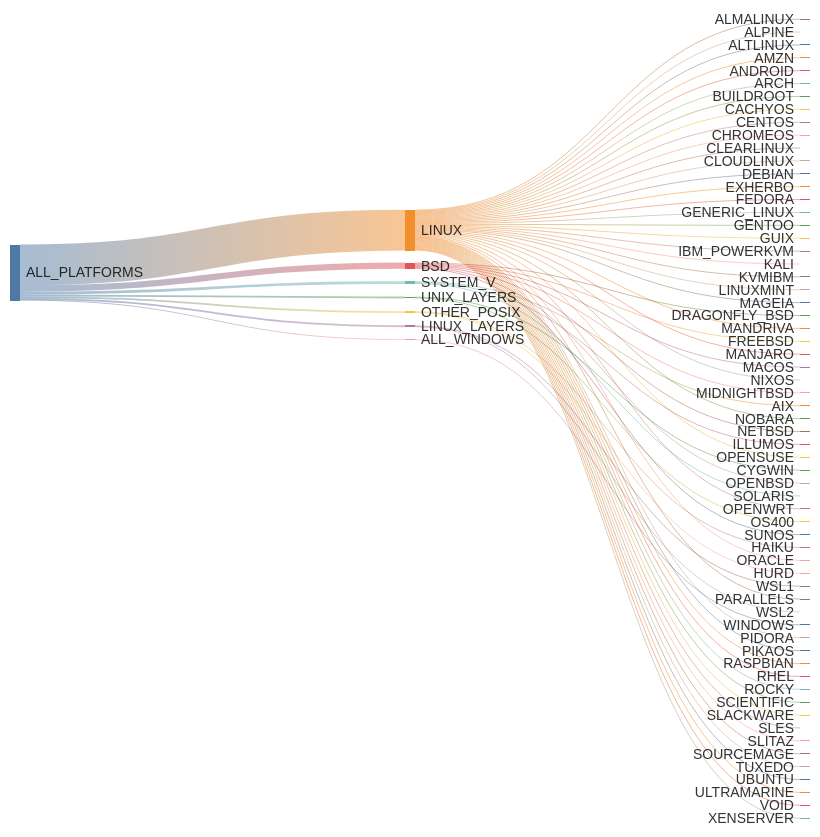
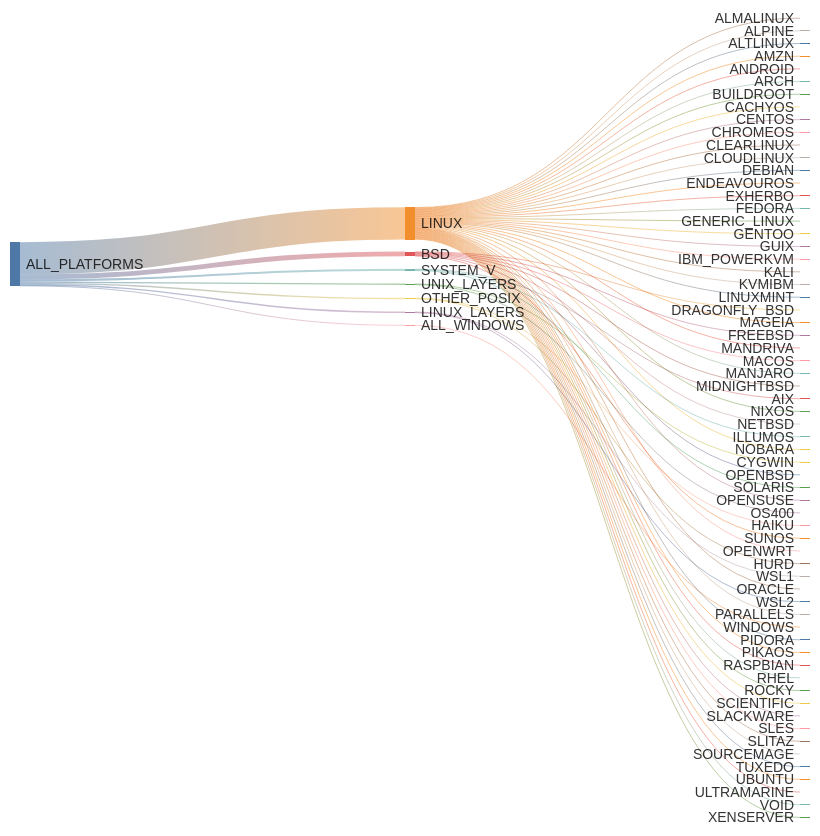
One commit to kdeldycke/extra-platforms changed the first of 2 diagrams in docs/platforms.md. Above: the diagram before and after it, drawn with Mermaid. The commit also changed other lines of this file and 11 other files, not shown here.

````diff
--- a/docs/platforms.md
+++ b/docs/platforms.md
@@ -200,77 +201,78 @@
 ```mermaid
 ---
 config: {"sankey": {"showValues": false, "width": 800, "height": 800}}
 ---
 sankey-beta
 
-ALL_PLATFORMS,LINUX,46
+ALL_PLATFORMS,LINUX,47
 ALL_PLATFORMS,BSD,7
 ALL_PLATFORMS,SYSTEM_V,3
 ALL_PLATFORMS,UNIX_LAYERS,2
 ALL_PLATFORMS,OTHER_POSIX,2
 ALL_PLATFORMS,LINUX_LAYERS,2
 ALL_PLATFORMS,ALL_WINDOWS,1
 LINUX,ALMALINUX,1
 LINUX,ALPINE,1
 LINUX,ALTLINUX,1
 LINUX,AMZN,1
 LINUX,ANDROID,1
 LINUX,ARCH,1
 LINUX,BUILDROOT,1
 LINUX,CACHYOS,1
 LINUX,CENTOS,1
 LINUX,CHROMEOS,1
 LINUX,CLEARLINUX,1
 LINUX,CLOUDLINUX,1
 LINUX,DEBIAN,1
+LINUX,ENDEAVOUROS,1
 LINUX,EXHERBO,1
 LINUX,FEDORA,1
 LINUX,GENERIC_LINUX,1
 LINUX,GENTOO,1
 LINUX,GUIX,1
 LINUX,IBM_POWERKVM,1
 LINUX,KALI,1
 LINUX,KVMIBM,1
 LINUX,LINUXMINT,1
 LINUX,MAGEIA,1
 LINUX,MANDRIVA,1
 LINUX,MANJARO,1
 LINUX,NIXOS,1
 LINUX,NOBARA,1
 LINUX,OPENSUSE,1
 LINUX,OPENWRT,1
 LINUX,ORACLE,1
 LINUX,PARALLELS,1
 LINUX,PIDORA,1
 LINUX,PIKAOS,1
 LINUX,RASPBIAN,1
 LINUX,RHEL,1
 LINUX,ROCKY,1
 LINUX,SCIENTIFIC,1
 LINUX,SLACKWARE,1
 LINUX,SLES,1
 LINUX,SLITAZ,1
 LINUX,SOURCEMAGE,1
 LINUX,TUXEDO,1
 LINUX,UBUNTU,1
 LINUX,ULTRAMARINE,1
 LINUX,VOID,1
 LINUX,XENSERVER,1
 BSD,DRAGONFLY_BSD,1
 BSD,FREEBSD,1
 BSD,MACOS,1
 BSD,MIDNIGHTBSD,1
 BSD,NETBSD,1
 BSD,OPENBSD,1
 BSD,SUNOS,1
 SYSTEM_V,AIX,1
 SYSTEM_V,ILLUMOS,1
 SYSTEM_V,SOLARIS,1
 UNIX_LAYERS,CYGWIN,1
 UNIX_LAYERS,OS400,1
 OTHER_POSIX,HAIKU,1
 OTHER_POSIX,HURD,1
 LINUX_LAYERS,WSL1,1
 LINUX_LAYERS,WSL2,1
 ALL_WINDOWS,WINDOWS,1
 ```
````
